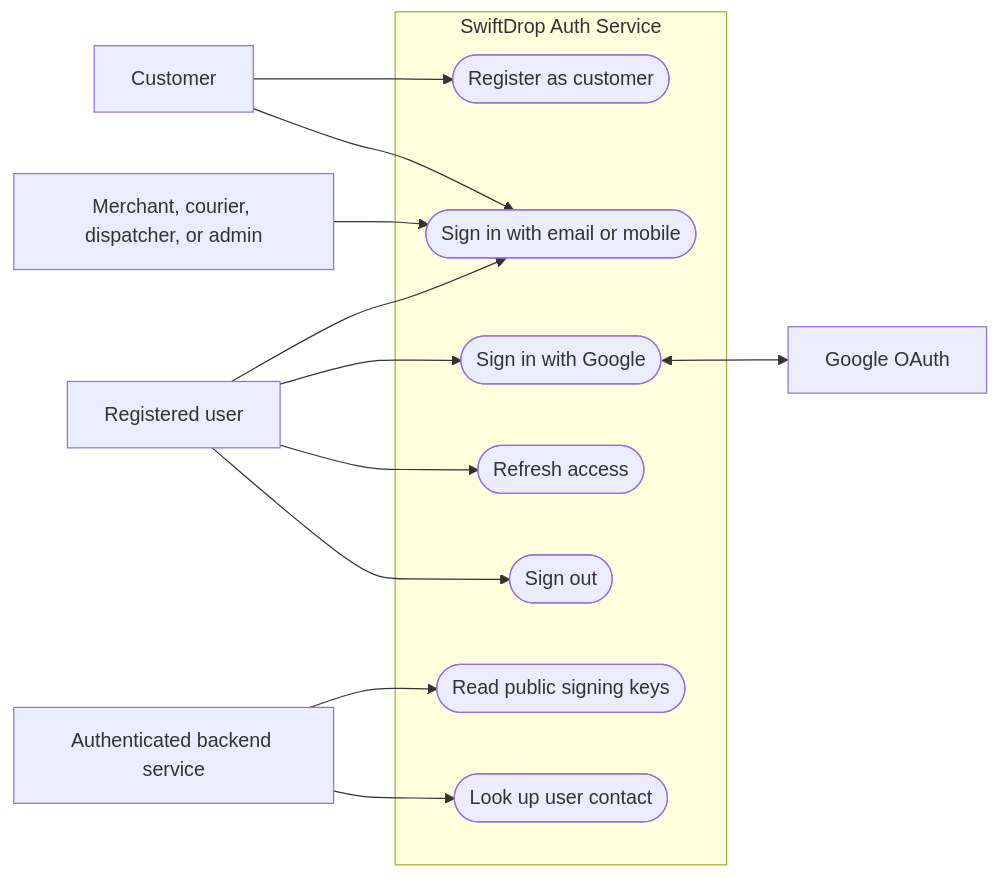
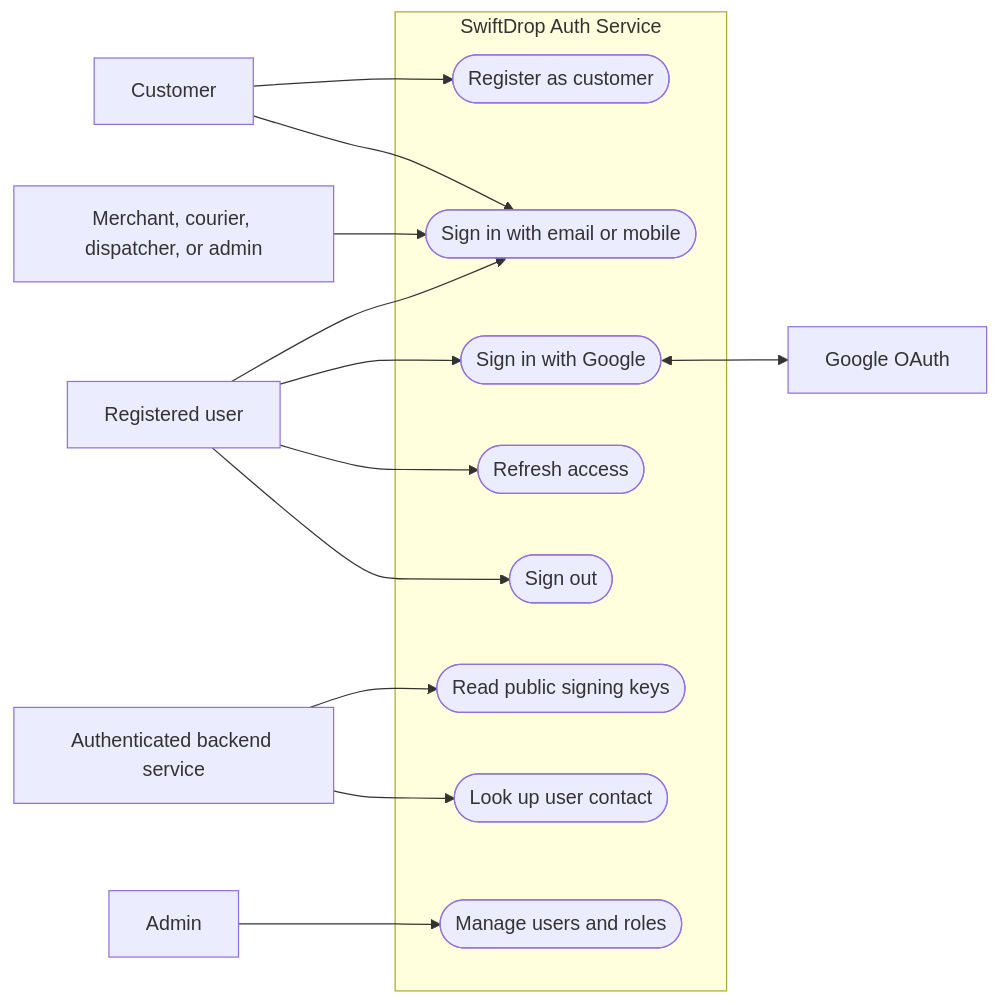
One commit to Sachintha-dilshan49/SwiftDrop changed the first of 6 diagrams in services/auth-service/README.md. Above: the diagram before and after it, drawn with Mermaid. The commit also changed other lines of this file and 27 other files, not shown here.

````diff
--- a/services/auth-service/README.md
+++ b/services/auth-service/README.md
@@ -15,29 +15,32 @@
 ```mermaid
 flowchart LR
     customer[Customer]
     accountHolder[Registered user]
     operator[Merchant, courier, dispatcher, or admin]
+    admin[Admin]
     google[Google OAuth]
     backend[Authenticated backend service]
 
     subgraph auth["SwiftDrop Auth Service"]
         signup([Register as customer])
         credentials([Sign in with email or mobile])
         googleLogin([Sign in with Google])
         refresh([Refresh access])
         logout([Sign out])
         jwks([Read public signing keys])
         contact([Look up user contact])
+        manageUsers([Manage users and roles])
     end
 
     customer --> signup
     customer --> credentials
     accountHolder --> credentials
     accountHolder --> googleLogin
     accountHolder --> refresh
     accountHolder --> logout
     operator --> credentials
+    admin --> manageUsers
     googleLogin <--> google
     backend --> jwks
     backend --> contact
 ```
````
